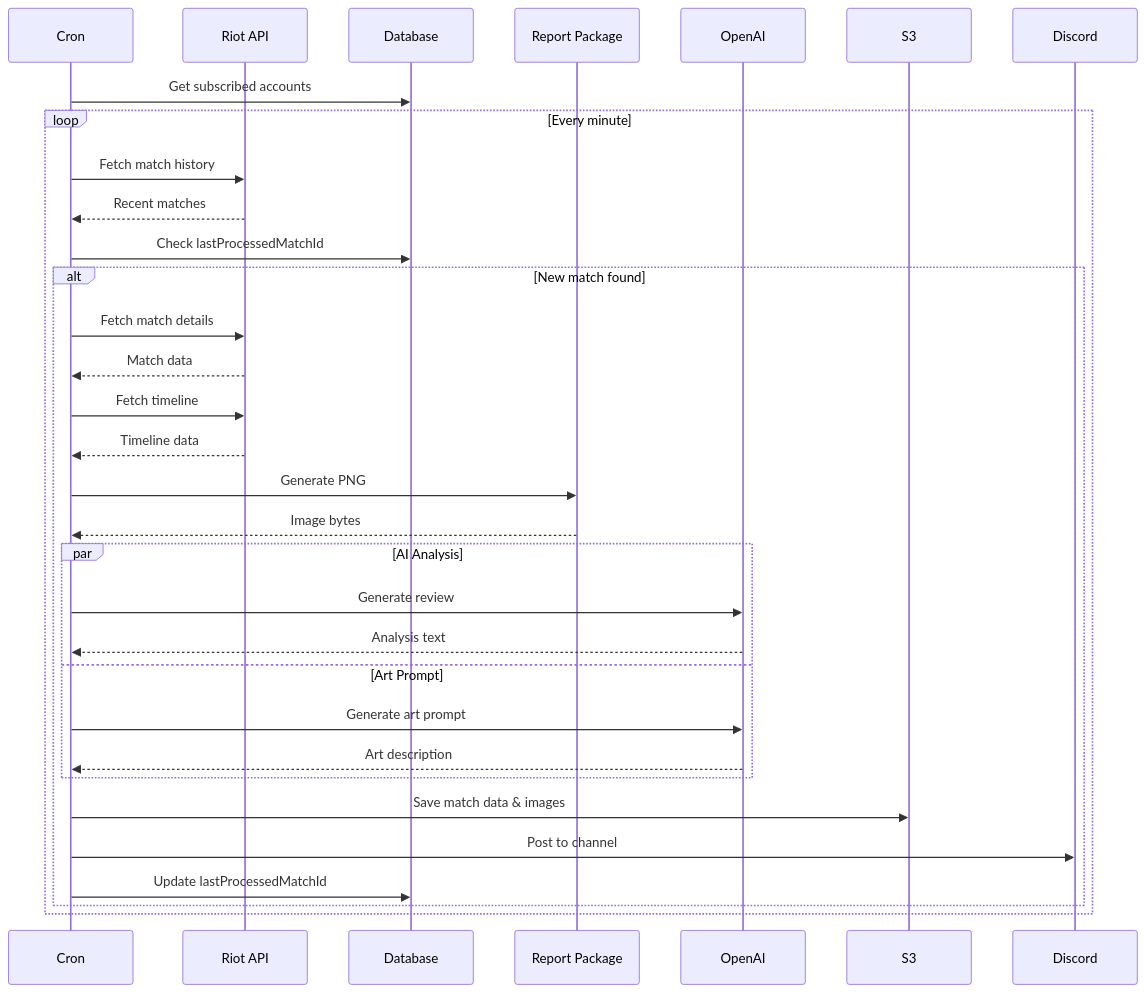
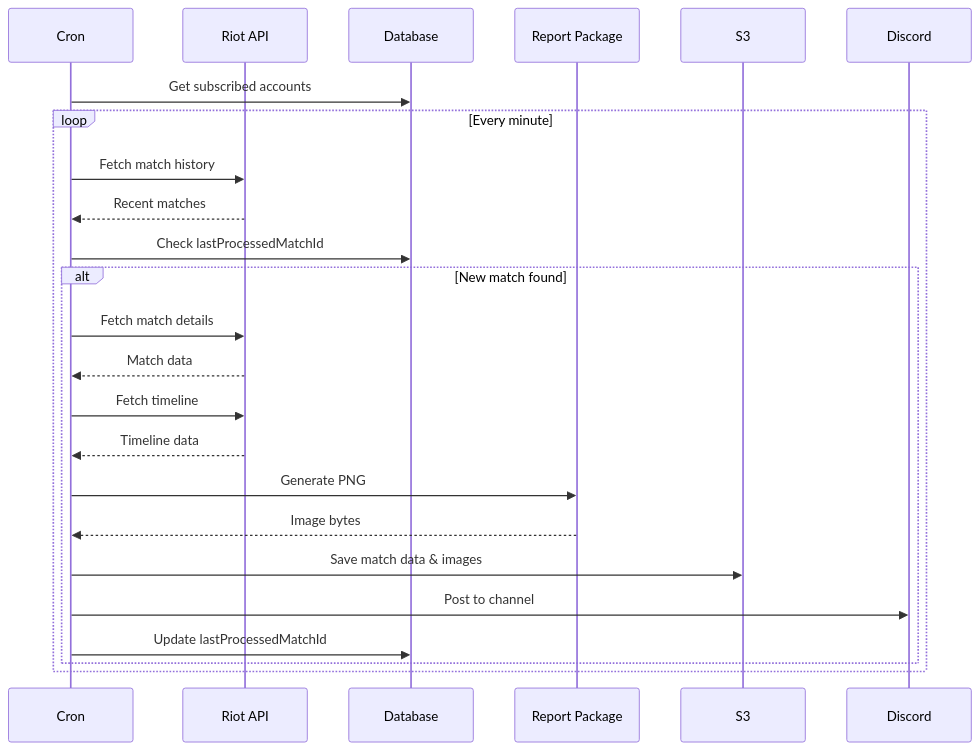
Before and after one commit to shepherdjerred/monorepo: the third of 8 diagrams in packages/scout-for-lol/docs/architecture.md, drawn with Mermaid. The commit also changed other lines of this file and 234 other files, not shown here.

````diff
--- a/packages/scout-for-lol/docs/architecture.md
+++ b/packages/scout-for-lol/docs/architecture.md
@@ -85,35 +82,27 @@
 ```mermaid
 sequenceDiagram
     participant Cron
     participant Riot as Riot API
     participant DB as Database
     participant Report as Report Package
-    participant AI as OpenAI
     participant S3
     participant Discord
 
     Cron->>DB: Get subscribed accounts
     loop Every minute
         Cron->>Riot: Fetch match history
         Riot-->>Cron: Recent matches
         Cron->>DB: Check lastProcessedMatchId
         alt New match found
             Cron->>Riot: Fetch match details
             Riot-->>Cron: Match data
             Cron->>Riot: Fetch timeline
             Riot-->>Cron: Timeline data
             Cron->>Report: Generate PNG
             Report-->>Cron: Image bytes
-            par AI Analysis
-                Cron->>AI: Generate review
-                AI-->>Cron: Analysis text
-            and Art Prompt
-                Cron->>AI: Generate art prompt
-                AI-->>Cron: Art description
-            end
             Cron->>S3: Save match data & images
             Cron->>Discord: Post to channel
             Cron->>DB: Update lastProcessedMatchId
         end
     end
 ```
````
